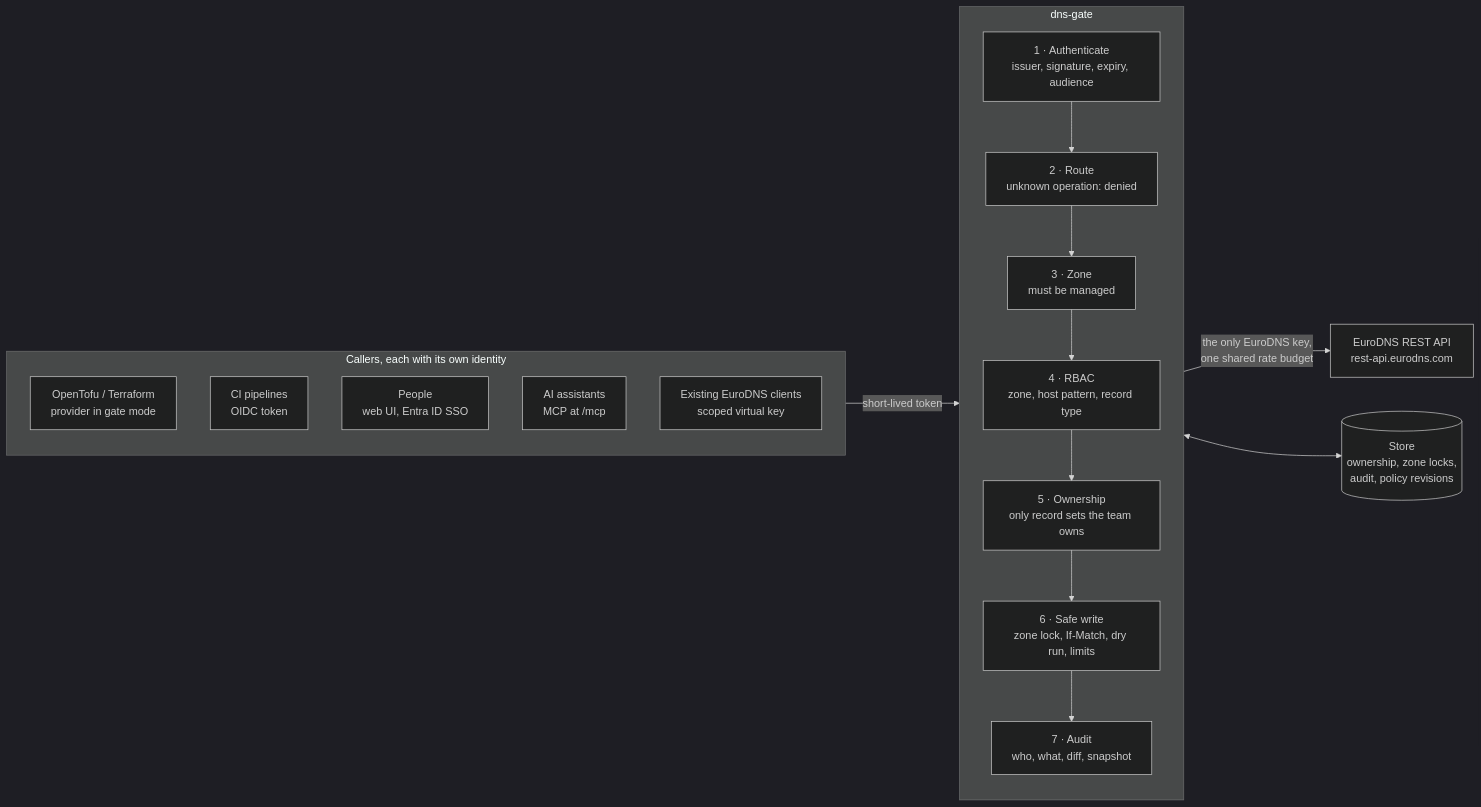
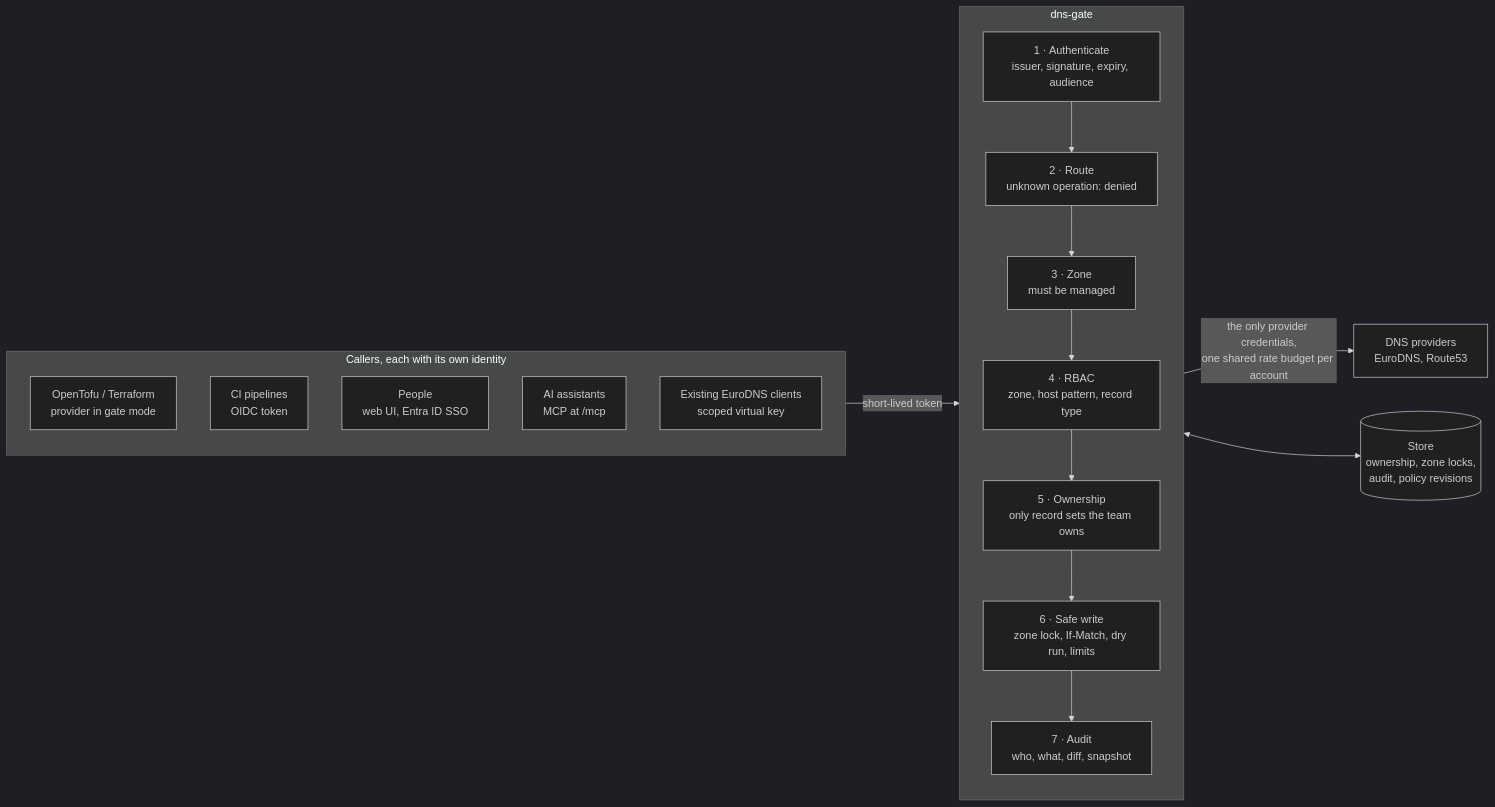
One commit to KamorionLabs/dns-gate changed the first of 2 diagrams in README.md. Above: the diagram before and after it, drawn with Mermaid (dark theme). The commit also changed other lines of this file and 3 other files, not shown here.

````diff
--- a/README.md
+++ b/README.md
@@ -64,30 +67,30 @@
 ```mermaid
 flowchart LR
   subgraph callers["Callers, each with its own identity"]
     direction TB
     tf["OpenTofu / Terraform<br/>provider in gate mode"]
     ci["CI pipelines<br/>OIDC token"]
     people["People<br/>web UI, Entra ID SSO"]
     agents["AI assistants<br/>MCP at /mcp"]
     legacy["Existing EuroDNS clients<br/>scoped virtual key"]
   end
 
   subgraph gate["dns-gate"]
     direction TB
     authn["1 · Authenticate<br/>issuer, signature, expiry, audience"]
     route["2 · Route<br/>unknown operation: denied"]
     zone["3 · Zone<br/>must be managed"]
     rbac["4 · RBAC<br/>zone, host pattern, record type"]
     own["5 · Ownership<br/>only record sets the team owns"]
     write["6 · Safe write<br/>zone lock, If-Match, dry run, limits"]
     audit["7 · Audit<br/>who, what, diff, snapshot"]
     authn --> route --> zone --> rbac --> own --> write --> audit
   end
 
   store[("Store<br/>ownership, zone locks,<br/>audit, policy revisions")]
-  eurodns["EuroDNS REST API<br/>rest-api.eurodns.com"]
+  eurodns["DNS providers<br/>EuroDNS, Route53"]
 
   callers -- "short-lived token" --> gate
-  gate -- "the only EuroDNS key,<br/>one shared rate budget" --> eurodns
+  gate -- "the only provider credentials,<br/>one shared rate budget per account" --> eurodns
   gate <--> store
 ```
````
